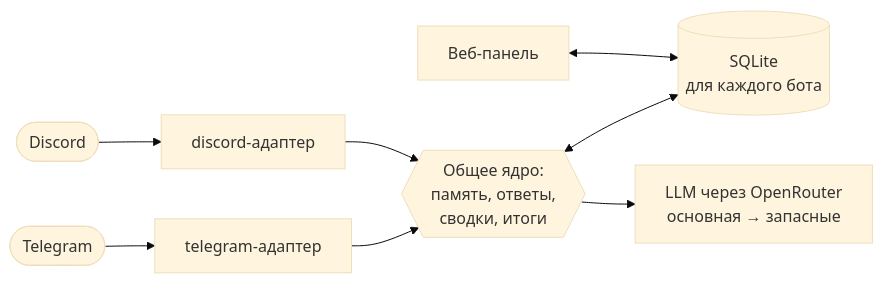
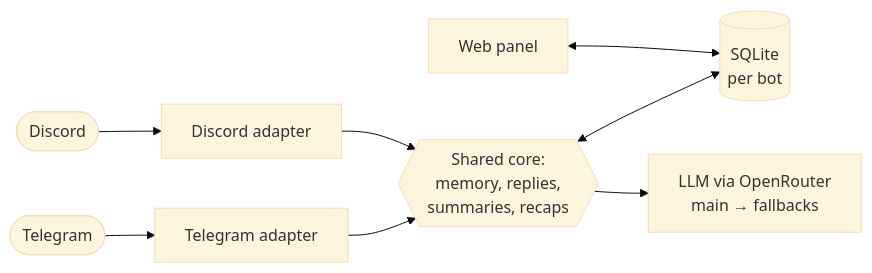
Before and after one commit to dzotyara/botyara: the diagram in README.md, drawn with Mermaid (base theme). The commit also changed other lines of this file and 1 other file, not shown here.

````diff
--- a/README.md
+++ b/README.md
@@ -120,10 +128,10 @@
 ```mermaid
 flowchart LR
-    TG([Telegram]) --> TA[telegram-адаптер]
-    DS([Discord]) --> DA[discord-адаптер]
-    TA --> CORE{{Общее ядро:<br/>память, ответы,<br/>сводки, итоги}}
+    TG([Telegram]) --> TA[Telegram adapter]
+    DS([Discord]) --> DA[Discord adapter]
+    TA --> CORE{{Shared core:<br/>memory, replies,<br/>summaries, recaps}}
     DA --> CORE
-    CORE <--> DB[(SQLite<br/>для каждого бота)]
-    CORE --> LLM[LLM через OpenRouter<br/>основная → запасные]
-    WEB[Веб-панель] <--> DB
+    CORE <--> DB[(SQLite<br/>per bot)]
+    CORE --> LLM[LLM via OpenRouter<br/>main → fallbacks]
+    WEB[Web panel] <--> DB
 ```
````
